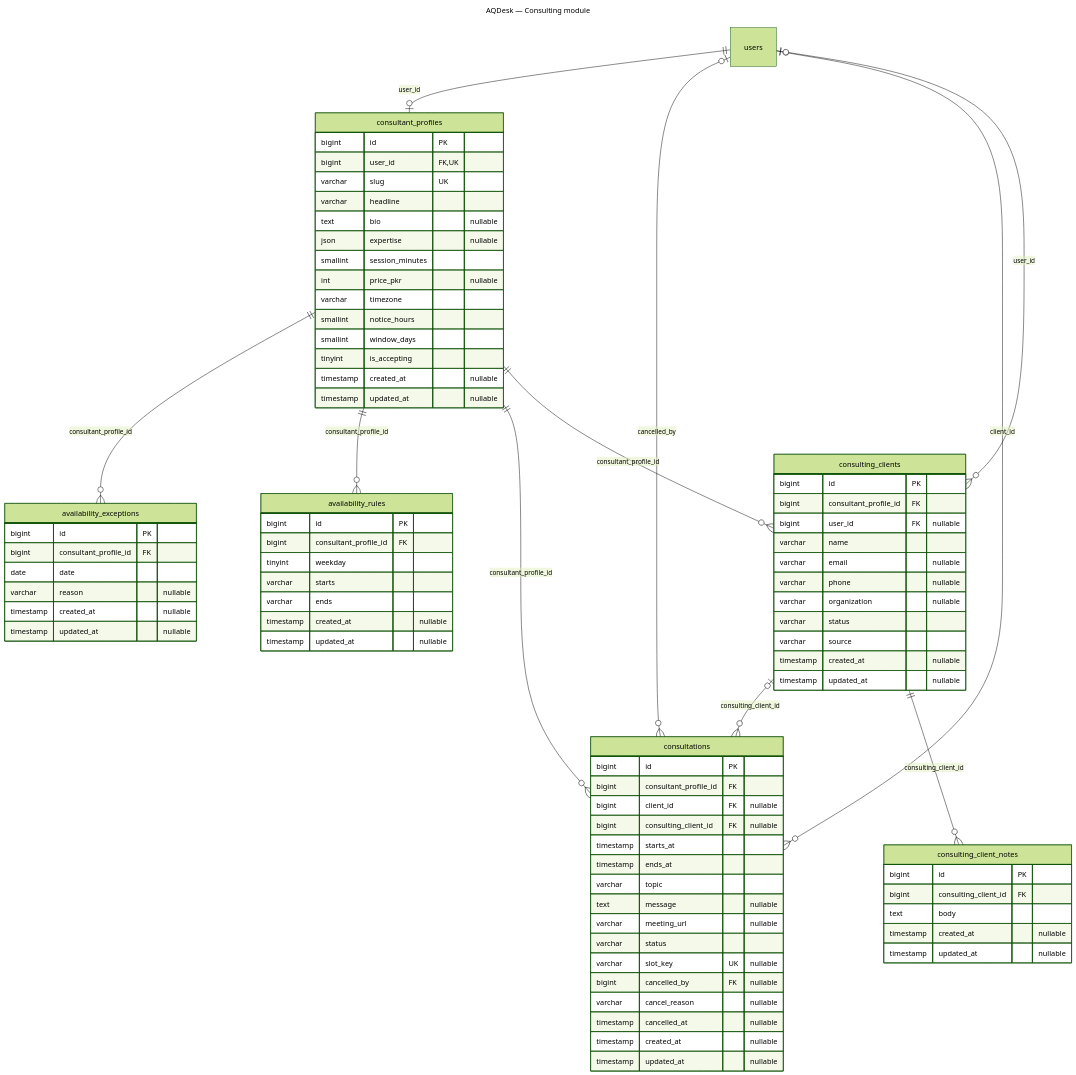
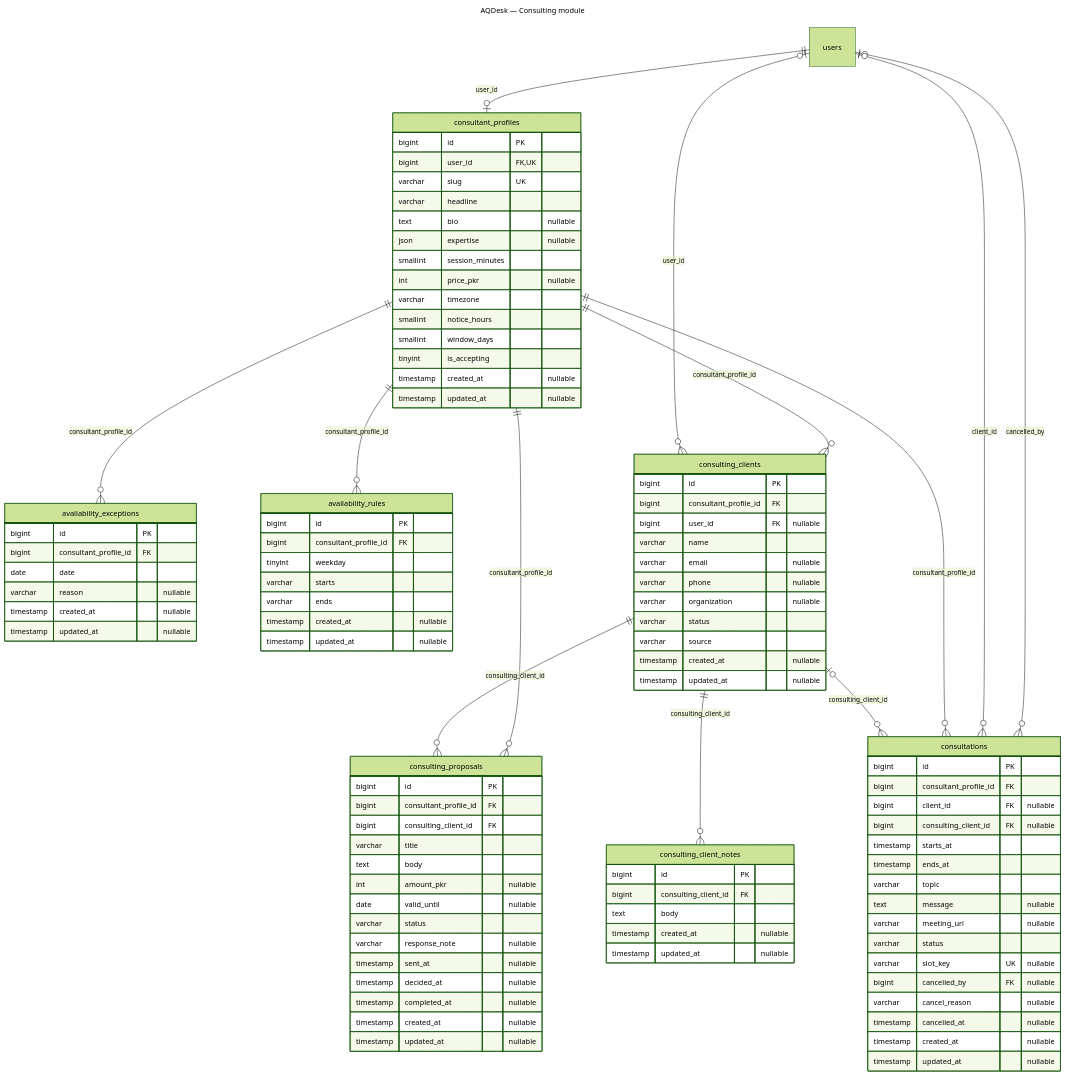
Before and after one commit to projectuniversity866-debug/S25-FutureGenius-TitaniaMelody_BC220203981: the diagram in docs/diagrams/erd/04-consulting.mmd, drawn with Mermaid (forest theme). The commit also changed 30 other files, not shown here.

First line of the commit message:
Steps 3.14 and 5.5: consulting proposals and README

```diff
--- a/docs/diagrams/erd/04-consulting.mmd
+++ b/docs/diagrams/erd/04-consulting.mmd
@@ -1,85 +1,103 @@
 ---
 title: AQDesk — Consulting module
 ---
 erDiagram
     consultant_profiles ||--o{ availability_exceptions : "consultant_profile_id"
     consultant_profiles ||--o{ availability_rules : "consultant_profile_id"
     users ||--o| consultant_profiles : "user_id"
     users |o--o{ consultations : "cancelled_by"
     users |o--o{ consultations : "client_id"
     consultant_profiles ||--o{ consultations : "consultant_profile_id"
     consulting_clients |o--o{ consultations : "consulting_client_id"
     consulting_clients ||--o{ consulting_client_notes : "consulting_client_id"
     consultant_profiles ||--o{ consulting_clients : "consultant_profile_id"
     users |o--o{ consulting_clients : "user_id"
+    consultant_profiles ||--o{ consulting_proposals : "consultant_profile_id"
+    consulting_clients ||--o{ consulting_proposals : "consulting_client_id"
     availability_exceptions {
         bigint id PK
         bigint consultant_profile_id FK
         date date
         varchar reason "nullable"
         timestamp created_at "nullable"
         timestamp updated_at "nullable"
     }
     availability_rules {
         bigint id PK
         bigint consultant_profile_id FK
         tinyint weekday
         varchar starts
         varchar ends
         timestamp created_at "nullable"
         timestamp updated_at "nullable"
     }
     consultant_profiles {
         bigint id PK
         bigint user_id FK, UK
         varchar slug UK
         varchar headline
         text bio "nullable"
         json expertise "nullable"
         smallint session_minutes
         int price_pkr "nullable"
         varchar timezone
         smallint notice_hours
         smallint window_days
         tinyint is_accepting
         timestamp created_at "nullable"
         timestamp updated_at "nullable"
     }
     consultations {
         bigint id PK
         bigint consultant_profile_id FK
         bigint client_id FK "nullable"
         bigint consulting_client_id FK "nullable"
         timestamp starts_at
         timestamp ends_at
         varchar topic
         text message "nullable"
         varchar meeting_url "nullable"
         varchar status
         varchar slot_key UK "nullable"
         bigint cancelled_by FK "nullable"
         varchar cancel_reason "nullable"
         timestamp cancelled_at "nullable"
         timestamp created_at "nullable"
         timestamp updated_at "nullable"
     }
     consulting_client_notes {
         bigint id PK
         bigint consulting_client_id FK
         text body
         timestamp created_at "nullable"
         timestamp updated_at "nullable"
     }
     consulting_clients {
         bigint id PK
         bigint consultant_profile_id FK
         bigint user_id FK "nullable"
         varchar name
         varchar email "nullable"
         varchar phone "nullable"
         varchar organization "nullable"
         varchar status
         varchar source
         timestamp created_at "nullable"
         timestamp updated_at "nullable"
     }
+    consulting_proposals {
+        bigint id PK
+        bigint consultant_profile_id FK
+        bigint consulting_client_id FK
+        varchar title
+        text body
+        int amount_pkr "nullable"
+        date valid_until "nullable"
+        varchar status
+        varchar response_note "nullable"
+        timestamp sent_at "nullable"
+        timestamp decided_at "nullable"
+        timestamp completed_at "nullable"
+        timestamp created_at "nullable"
+        timestamp updated_at "nullable"
+    }
```
